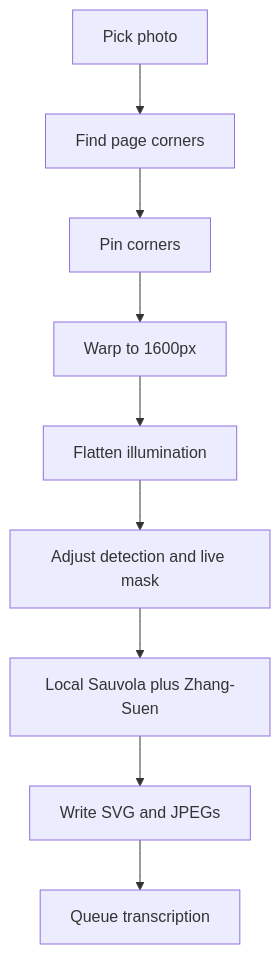
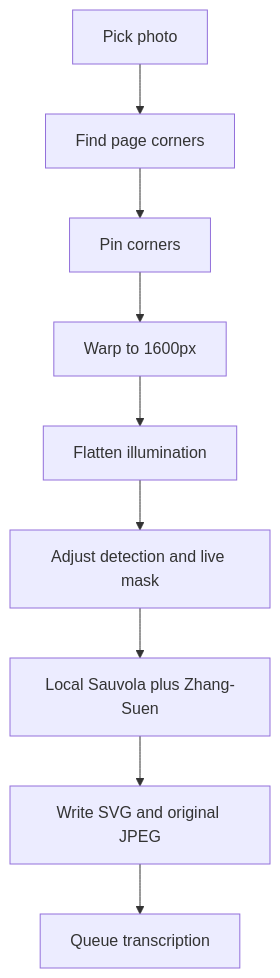
Before and after one commit to daledesilva/obsidian_ink: the diagram in docs/writing-from-photo.md, drawn with Mermaid. The commit also changed other lines of this file and 6 other files, not shown here.

Commit message:
removed: Dropped the straightened page JPEG from photo imports so the images folder keeps only the original photo. Left older transcript-image links in place so existing notes still transcribe the page they already stored.

````diff
--- a/docs/writing-from-photo.md
+++ b/docs/writing-from-photo.md
@@ -21,13 +21,13 @@
 ```mermaid
 flowchart TD
   Pick[Pick photo]
   Detect[Find page corners]
   Crop[Pin corners]
   Warp[Warp to 1600px]
   Flatten[Flatten illumination]
   Adjust[Adjust detection and live mask]
   Trace[Local Sauvola plus Zhang-Suen]
-  Embed[Write SVG and JPEGs]
+  Embed[Write SVG and original JPEG]
   Queue[Queue transcription]
   Pick --> Detect --> Crop --> Warp --> Flatten --> Adjust --> Trace --> Embed --> Queue
 ```
````
